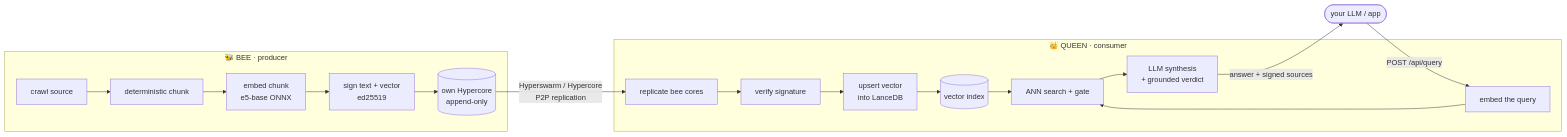
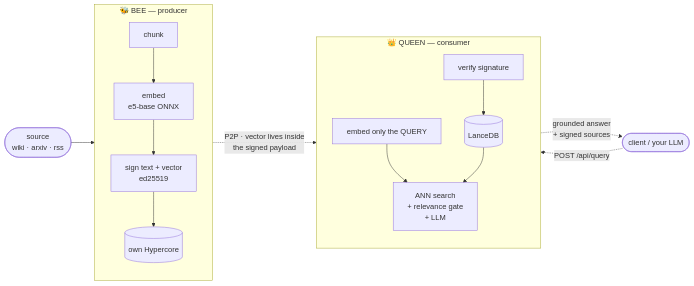
The diagram in README.md (capybarist/hive), drawn with Mermaid before and after one commit. The commit also changed other lines of this file and 5 other files, not shown here.

````diff
--- a/README.md
+++ b/README.md
@@ -41,22 +45,24 @@
 ```mermaid
 flowchart LR
-    subgraph BEE["🐝 BEE · producer"]
-        X[crawl source] --> C[deterministic chunk]
-        C --> E[embed chunk<br/>e5-base ONNX]
-        E --> S[sign text + vector<br/>ed25519]
-        S --> H[(own Hypercore<br/>append-only)]
+    SRC([source<br/>wiki · arxiv · rss])
+    USER([client / your LLM])
+
+    subgraph BEE["🐝 BEE — producer"]
+        direction TB
+        BC[chunk] --> BE[embed<br/>e5-base ONNX]
+        BE --> BS[sign text + vector<br/>ed25519]
+        BS --> BH[(own Hypercore)]
     end
 
-    subgraph QUEEN["👑 QUEEN · consumer"]
-        R[replicate bee cores] --> V[verify signature]
-        V --> U[upsert vector<br/>into LanceDB]
-        U --> I[(vector index)]
-        Q[embed the query] --> ANN[ANN search + gate]
-        I --> ANN
-        ANN --> L[LLM synthesis<br/>+ grounded verdict]
+    subgraph QUEEN["👑 QUEEN — consumer"]
+        direction TB
+        QV[verify signature] --> QI[(LanceDB)]
+        QE[embed only the QUERY] --> QS[ANN search<br/>+ relevance gate<br/>+ LLM]
+        QI --> QS
     end
 
-    H -- "Hyperswarm / Hypercore<br/>P2P replication" --> R
-    USER([your LLM / app]) -- "POST /api/query" --> Q
-    L -- "answer + signed sources" --> USER
+    SRC --> BC
+    BH -. "P2P · vector lives inside<br/>the signed payload" .-> QV
+    USER -. "POST /api/query" .-> QE
+    QS -. "grounded answer<br/>+ signed sources" .-> USER
 ```
````
